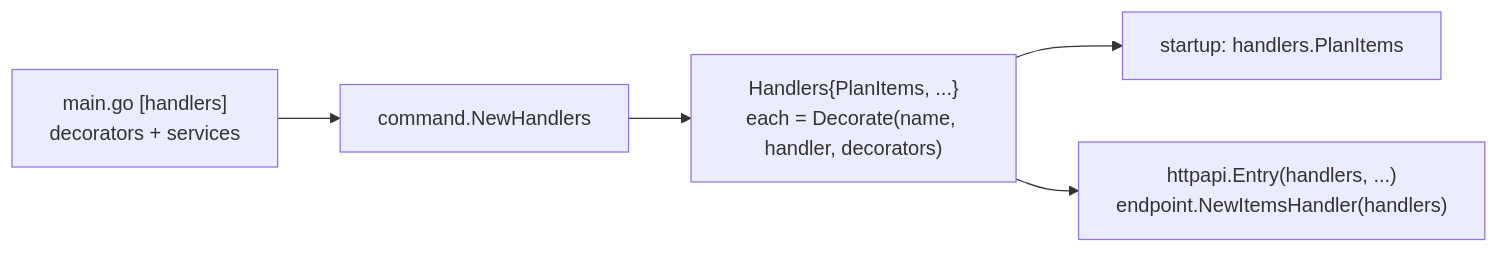
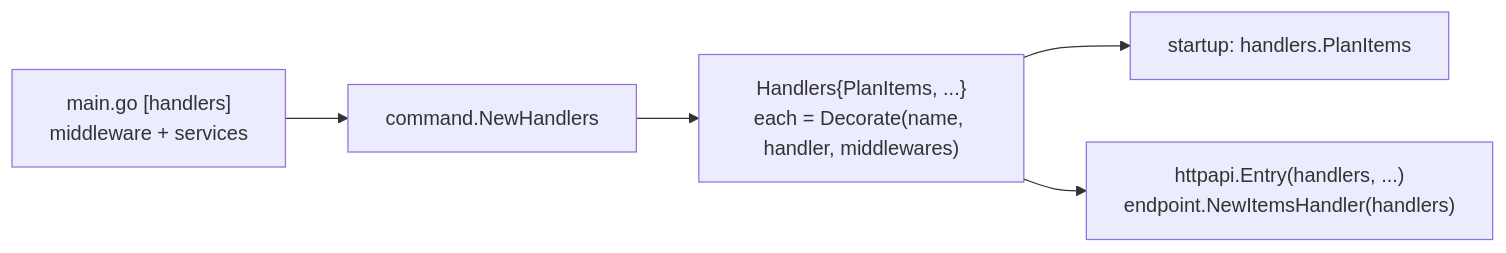
The diagram in library/architecture/go/base-plateau-in-go.skill/glossary/command-registry.md (InsonusK/ai-skills), drawn with Mermaid before and after one commit. The commit also changed other lines of this file and 16 other files, not shown here.

Commit message:
go docs: command and API middleware in packages of their own

````diff
--- a/library/architecture/go/base-plateau-in-go.skill/glossary/command-registry.md
+++ b/library/architecture/go/base-plateau-in-go.skill/glossary/command-registry.md
@@ -16,7 +16,7 @@
 ```mermaid
 flowchart LR
-    M["main.go [handlers]<br/>decorators + services"] --> N["command.NewHandlers"]
-    N --> H["Handlers{PlanItems, ...}<br/>each = Decorate(name, handler, decorators)"]
+    M["main.go [handlers]<br/>middleware + services"] --> N["command.NewHandlers"]
+    N --> H["Handlers{PlanItems, ...}<br/>each = Decorate(name, handler, middlewares)"]
     H --> S["startup: handlers.PlanItems"]
     H --> R["httpapi.Entry(handlers, ...)<br/>endpoint.NewItemsHandler(handlers)"]
 ```
````
